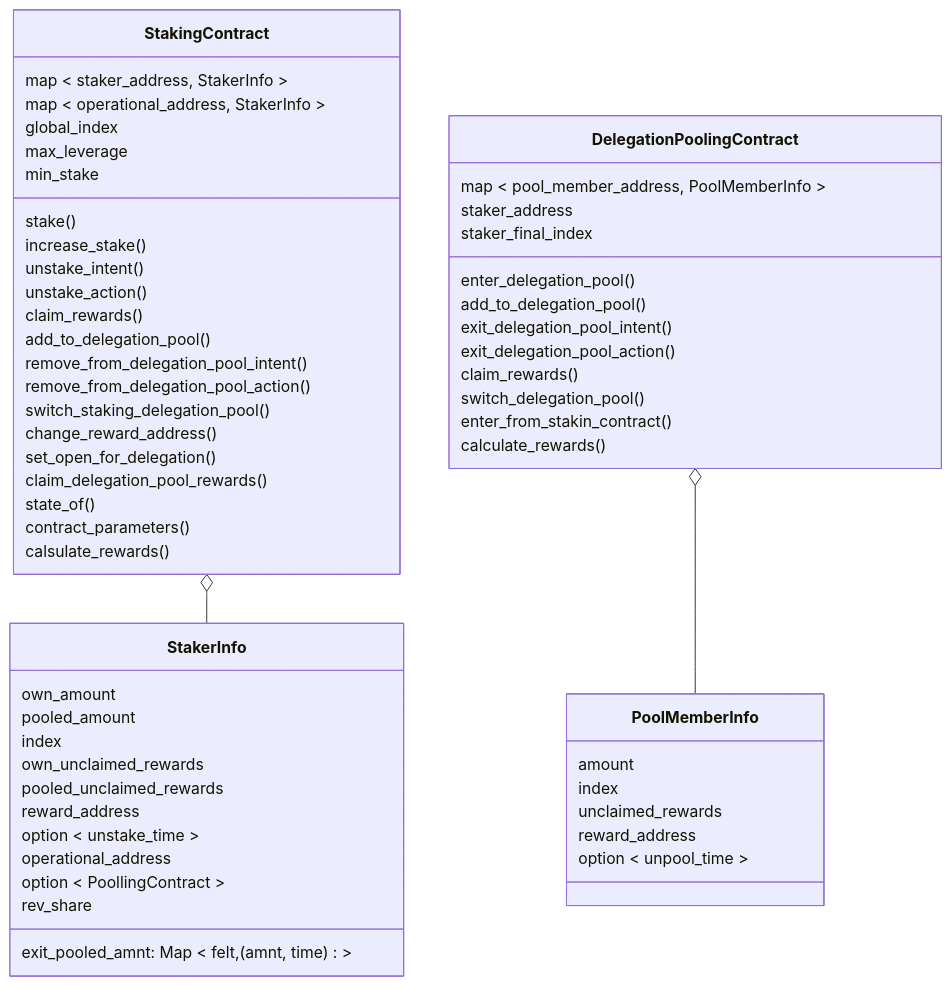
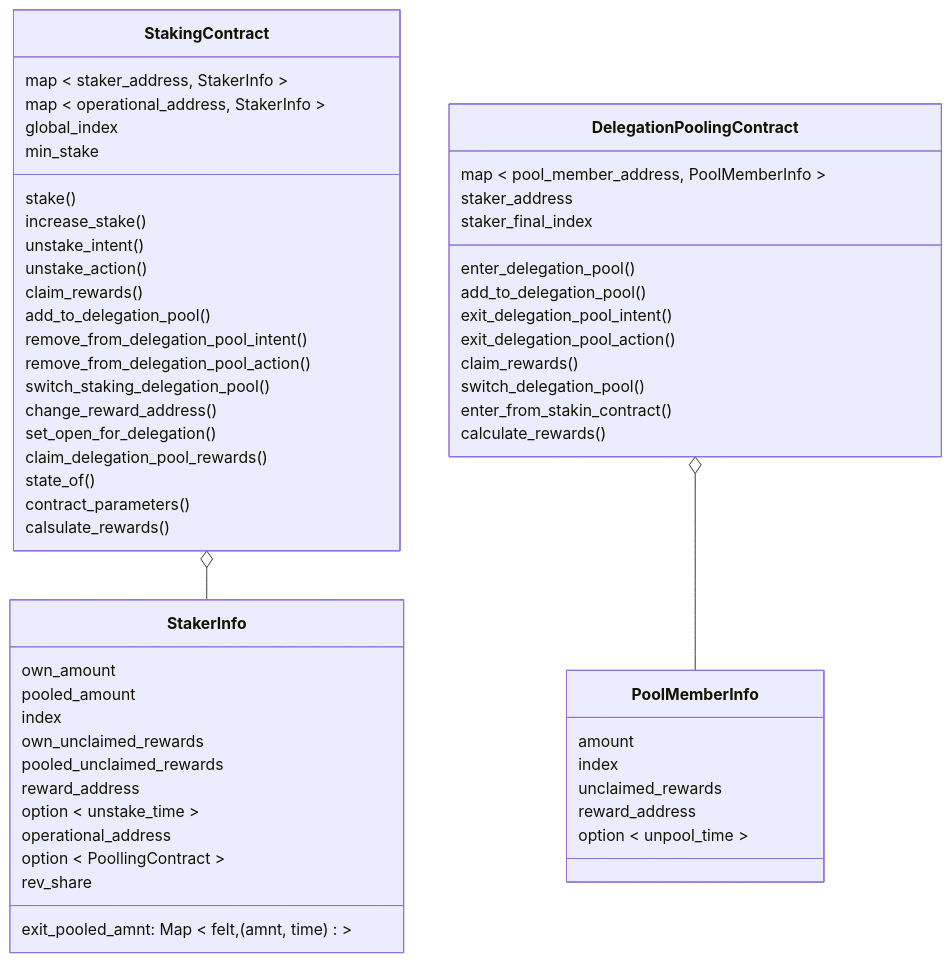
One commit to starkware-libs/starknet-staking changed the first of 5 diagrams in workspace/apps/staking/docs/spec.md. Above: the diagram before and after it, drawn with Mermaid. The commit also changed other lines of this file and 5 other files, not shown here.

````diff
--- a/workspace/apps/staking/docs/spec.md
+++ b/workspace/apps/staking/docs/spec.md
@@ -66,61 +66,60 @@
 ```mermaid
 classDiagram
   class StakingContract{
     map < staker_address, StakerInfo >
     map < operational_address, StakerInfo >
     global_index
-    max_leverage
     min_stake
     stake()
     increase_stake()
     unstake_intent()
     unstake_action()
     claim_rewards()
     add_to_delegation_pool()
     remove_from_delegation_pool_intent()
     remove_from_delegation_pool_action()
     switch_staking_delegation_pool()
     change_reward_address()
     set_open_for_delegation()
     claim_delegation_pool_rewards()
     state_of()
     contract_parameters()
     calsulate_rewards()
 
   }
   class DelegationPoolingContract{
     map < pool_member_address, PoolMemberInfo >
     staker_address
     staker_final_index
     enter_delegation_pool()
     add_to_delegation_pool()
     exit_delegation_pool_intent()
     exit_delegation_pool_action()
     claim_rewards()
     switch_delegation_pool()
     enter_from_stakin_contract()
     calculate_rewards()
   }
   class StakerInfo{
     own_amount
     pooled_amount
     index
     own_unclaimed_rewards
     pooled_unclaimed_rewards
     exit_pooled_amnt: Map < felt, (amnt, time) >
     reward_address
     option < unstake_time >
     operational_address
     option < PoollingContract >
     rev_share
   }
   class PoolMemberInfo{
     amount
     index
     unclaimed_rewards
     reward_address
     option < unpool_time >
   }
   StakingContract o-- StakerInfo
   DelegationPoolingContract o-- PoolMemberInfo
 ```
````
